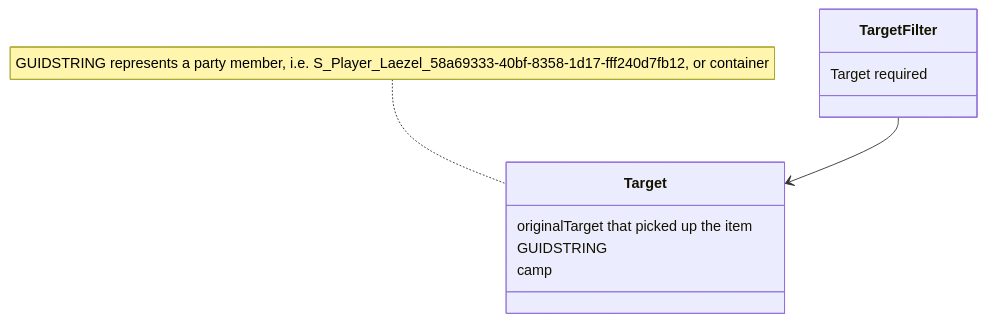
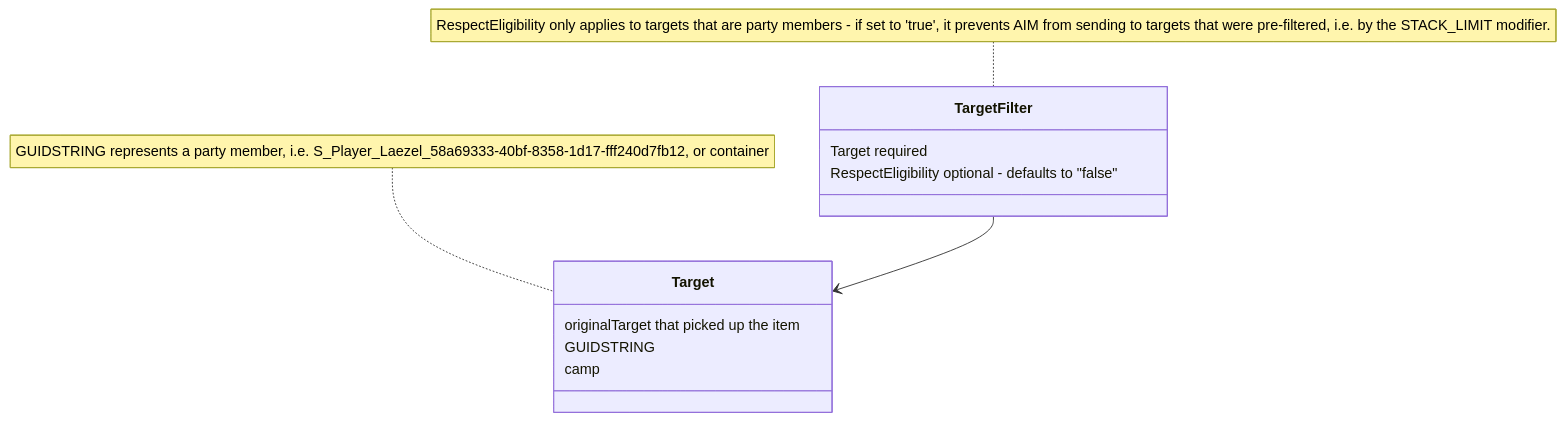
The second of 2 diagrams in README.md (osirisOfGit/BG3_Automatic_Inventory_Manager), drawn with Mermaid before and after one commit. The commit also changed other lines of this file and 5 other files, not shown here.

Commit message:
Bug squashing, add RESPECT_ELIGIBILITY field for TargetFilters

````diff
--- a/README.md
+++ b/README.md
@@ -186,16 +186,17 @@
   ```mermaid
 classDiagram
     TargetFilter --> Target
     
     class TargetFilter{
         Target required
+        RespectEligibility optional - defaults to "false"
     }
-
+    note for TargetFilter "RespectEligibility only applies to targets that are party members - if set to 'true', it prevents AIM from sending to targets that were pre-filtered, i.e. by the STACK_LIMIT modifier."
     
     class Target {
         originalTarget that picked up the item
         GUIDSTRING 
         camp
     }
     note for Target "GUIDSTRING represents a party member, i.e. S_Player_Laezel_58a69333-40bf-8358-1d17-fff240d7fb12, or container"
   ```
````
